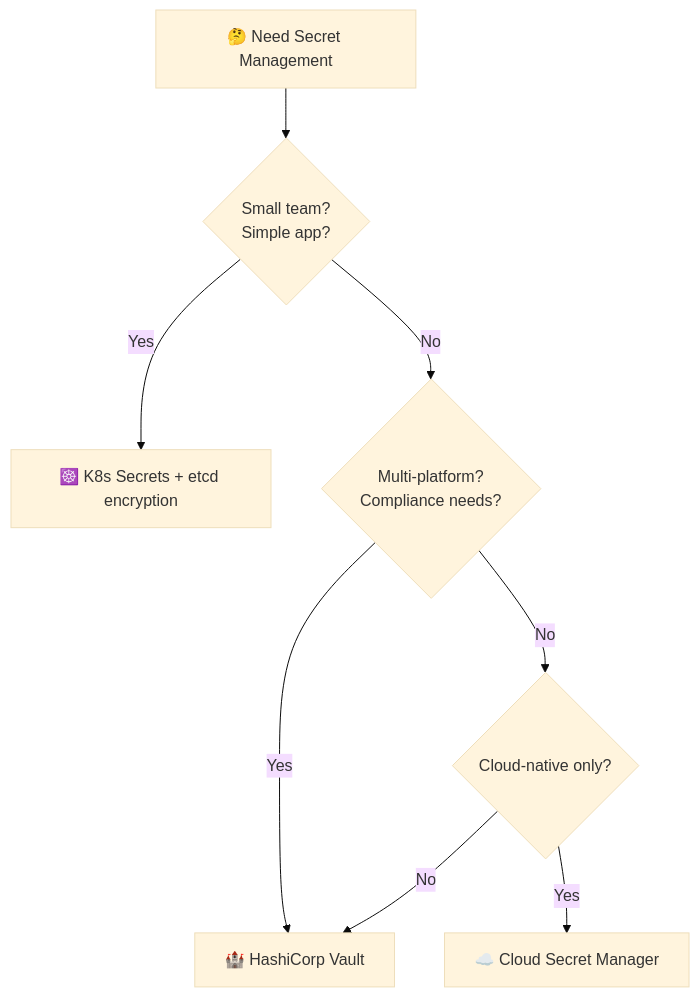
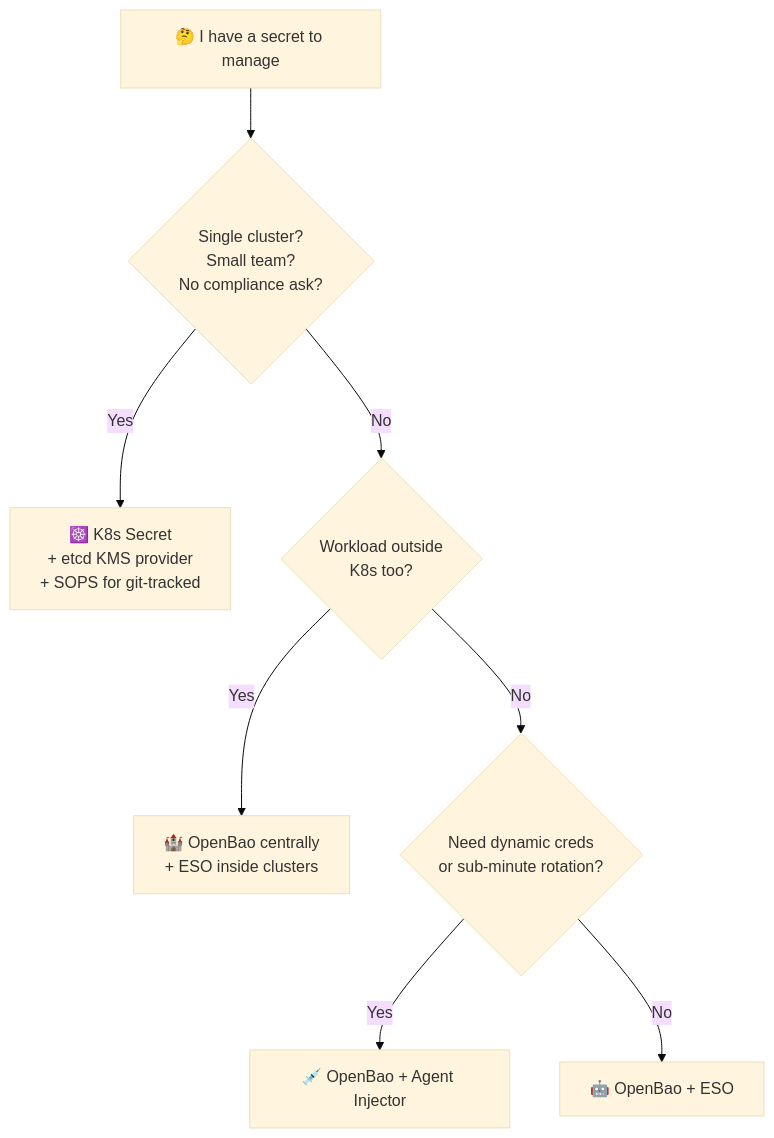
The seventh of 8 diagrams in lectures/lec11.md (inno-devops-labs/DevOps-Core-Course), drawn with Mermaid (base theme) before and after one commit. The commit also changed other lines of this file and 24 other files, not shown here.

````diff
--- a/lectures/lec11.md
+++ b/lectures/lec11.md
@@ -675,10 +456,10 @@
 ```mermaid
 flowchart TD
-  Start[🤔 Need Secret Management] --> Q1{Small team?<br/>Simple app?}
-  Q1 -->|Yes| K8s[☸️ K8s Secrets + etcd encryption]
-  Q1 -->|No| Q2{Multi-platform?<br/>Compliance needs?}
-  Q2 -->|Yes| Vault[🏰 HashiCorp Vault]
-  Q2 -->|No| Q3{Cloud-native only?}
-  Q3 -->|Yes| Cloud[☁️ Cloud Secret Manager]
-  Q3 -->|No| Vault
+  Start[🤔 I have a secret to manage] --> Q1{Single cluster?<br/>Small team?<br/>No compliance ask?}
+  Q1 -->|Yes| KMS[☸️ K8s Secret<br/>+ etcd KMS provider<br/>+ SOPS for git-tracked]
+  Q1 -->|No| Q2{Workload outside<br/>K8s too?}
+  Q2 -->|Yes| Bao[🏰 OpenBao centrally<br/>+ ESO inside clusters]
+  Q2 -->|No| Q3{Need dynamic creds<br/>or sub-minute rotation?}
+  Q3 -->|Yes| Agent[💉 OpenBao + Agent Injector]
+  Q3 -->|No| ESO[🤖 OpenBao + ESO]
 ```
````
